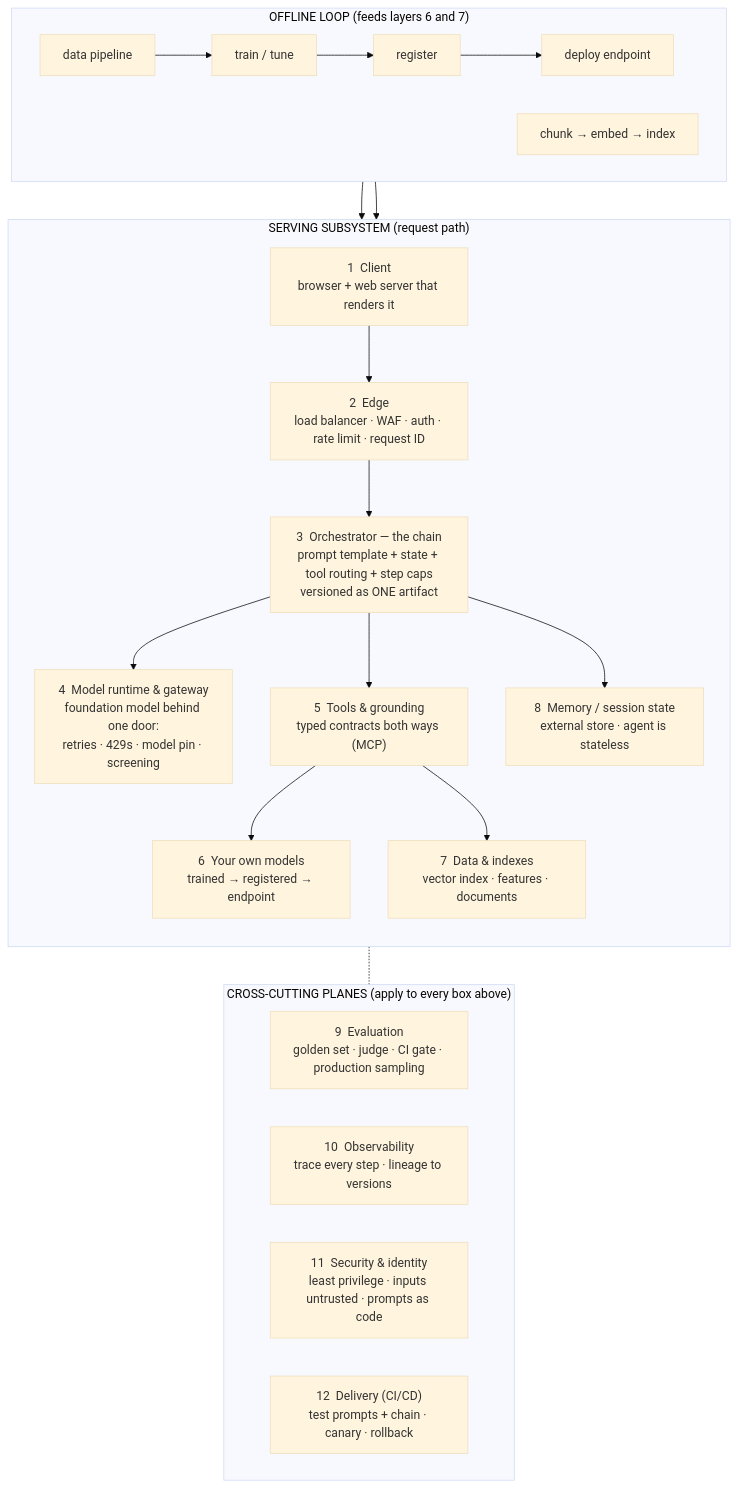
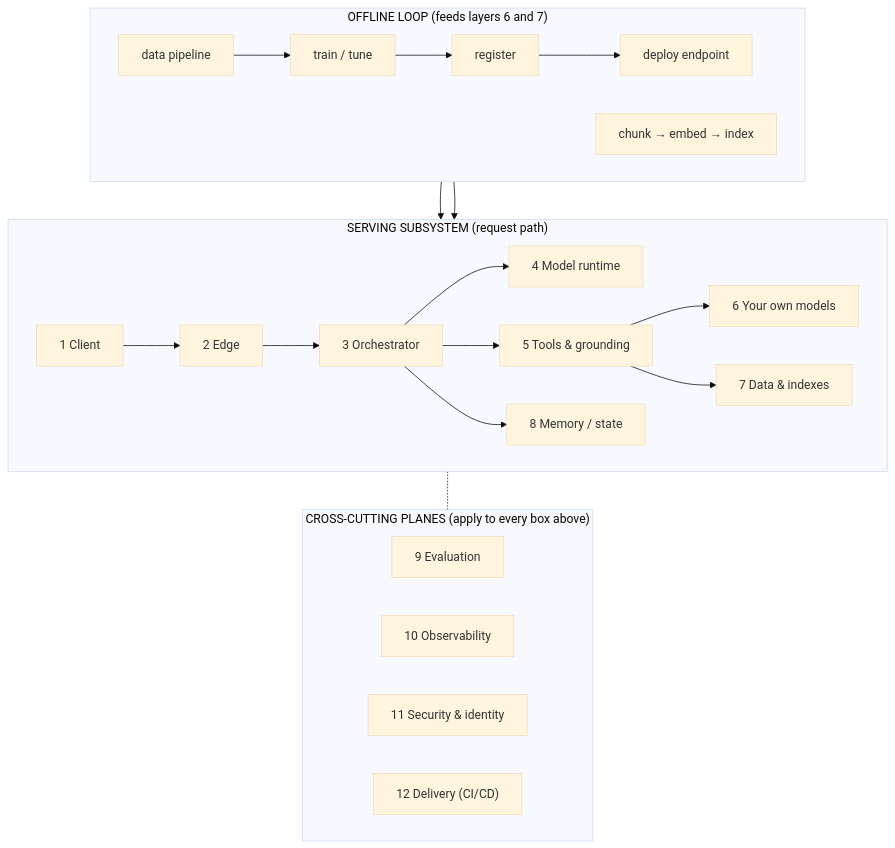
The diagram in docs/architecture/00-reference-architecture.md (DanHerman212/enterprise_clinical_copilot), drawn with Mermaid (base theme) before and after one commit. The commit also changed other lines of this file, not shown here.

Commit message:
updated reference architecture

````diff
--- a/docs/architecture/00-reference-architecture.md
+++ b/docs/architecture/00-reference-architecture.md
@@ -8,31 +12,30 @@
 ```mermaid
 flowchart TB
   subgraph SERVE["SERVING SUBSYSTEM  (request path)"]
-    direction TB
-    FE["1  Client<br/>browser + web server that renders it"] --> EDGE["2  Edge<br/>load balancer · WAF · auth · rate limit · request ID"]
-    EDGE --> AG["3  Orchestrator — the chain<br/>prompt template + state + tool routing + step caps<br/>versioned as ONE artifact"]
-    AG --> MODEL["4  Model runtime & gateway<br/>foundation model behind one door:<br/>retries · 429s · model pin · screening"]
-    AG --> MCP["5  Tools & grounding<br/>typed contracts both ways (MCP)"]
-    AG --> STATE["8  Memory / session state<br/>external store · agent is stateless"]
-    MCP --> OWN["6  Your own models<br/>trained → registered → endpoint"]
-    MCP --> VEC["7  Data & indexes<br/>vector index · features · documents"]
+    direction LR
+    FE["1 Client"] --> EDGE["2 Edge"] --> AG["3 Orchestrator"]
+    AG --> MODEL["4 Model runtime"]
+    AG --> MCP["5 Tools & grounding"]
+    AG --> STATE["8 Memory / state"]
+    MCP --> OWN["6 Your own models"]
+    MCP --> VEC["7 Data & indexes"]
   end
 
   subgraph INGEST["OFFLINE LOOP  (feeds layers 6 and 7)"]
     direction LR
     P1["data pipeline"] --> P2["train / tune"] --> P3["register"] --> P4["deploy endpoint"]
     P5["chunk → embed → index"]
   end
   P4 --> OWN
   P5 --> VEC
 
   subgraph PLANES["CROSS-CUTTING PLANES  (apply to every box above)"]
     direction LR
-    EV["9  Evaluation<br/>golden set · judge · CI gate · production sampling"]
-    OBS["10  Observability<br/>trace every step · lineage to versions"]
-    SEC["11  Security & identity<br/>least privilege · inputs untrusted · prompts as code"]
-    CICD["12  Delivery (CI/CD)<br/>test prompts + chain · canary · rollback"]
+    EV["9 Evaluation"]
+    OBS["10 Observability"]
+    SEC["11 Security & identity"]
+    CICD["12 Delivery (CI/CD)"]
   end
 
   SERVE -.- PLANES
 ```
````
